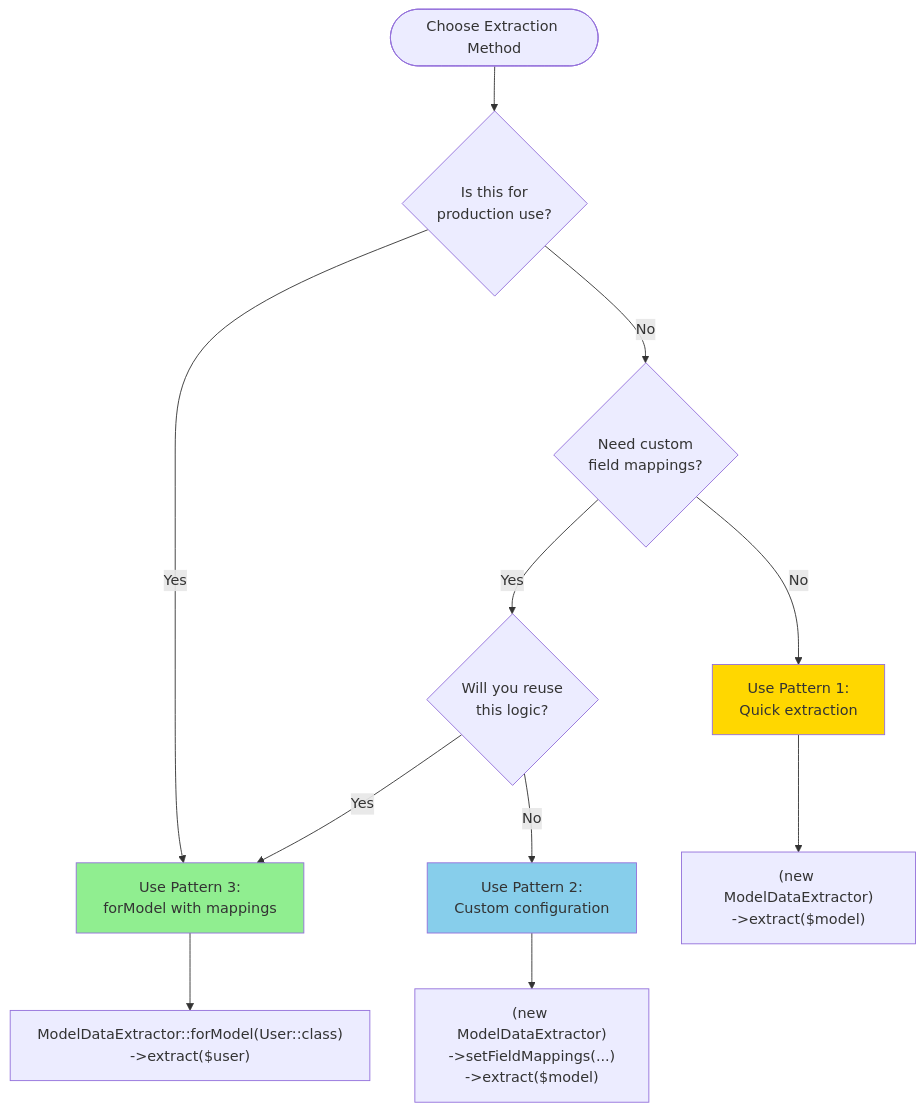
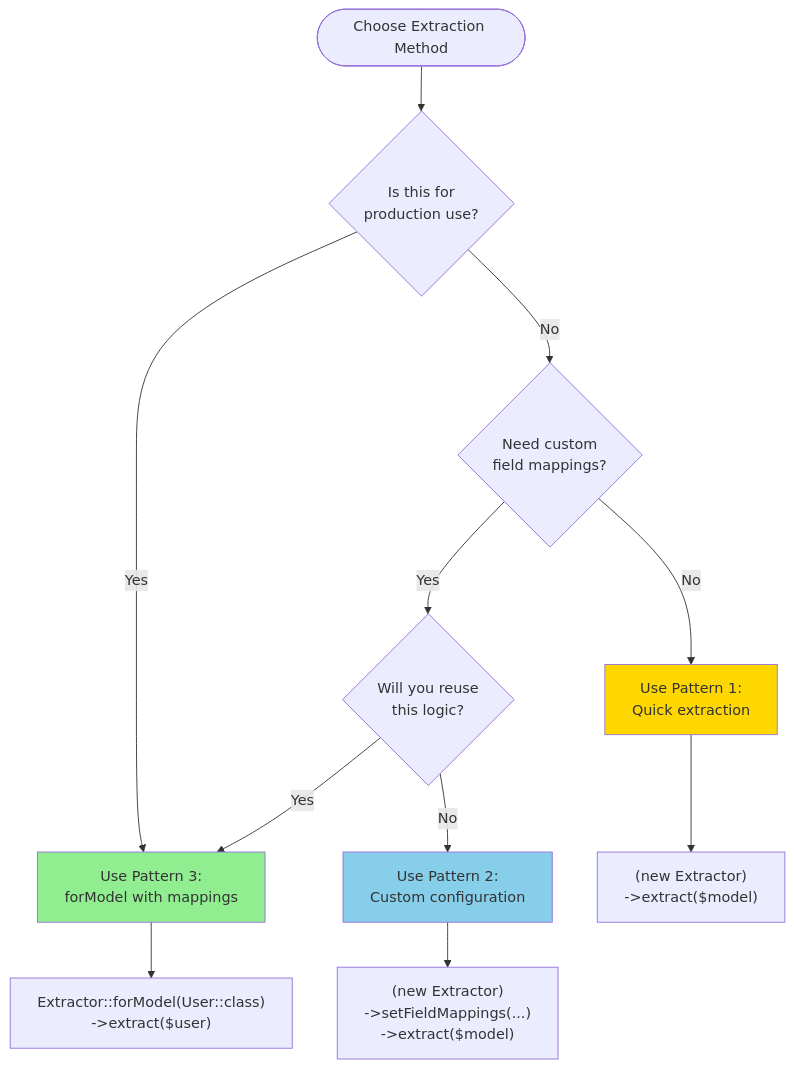
The second of 3 diagrams in docs/model-data-extraction.md (cleaniquecoders/eligify), drawn with Mermaid before and after one commit. The commit also changed other lines of this file and 9 other files, not shown here.

````diff
--- a/docs/model-data-extraction.md
+++ b/docs/model-data-extraction.md
@@ -178,21 +178,21 @@
 ```mermaid
 flowchart TD
     Start([Choose Extraction Method]) --> Q1{Is this for<br/>production use?}
 
     Q1 -->|Yes| Prod[Use Pattern 3:<br/>forModel with mappings]
     Q1 -->|No| Q2{Need custom<br/>field mappings?}
 
     Q2 -->|Yes| Q3{Will you reuse<br/>this logic?}
     Q2 -->|No| Simple[Use Pattern 1:<br/>Quick extraction]
 
     Q3 -->|Yes| Prod
     Q3 -->|No| Custom[Use Pattern 2:<br/>Custom configuration]
 
-    Prod --> ProdCode["ModelDataExtractor::forModel(User::class)<br/>->extract($user)"]
-    Custom --> CustomCode["(new ModelDataExtractor)<br/>->setFieldMappings(...)<br/>->extract($model)"]
-    Simple --> SimpleCode["(new ModelDataExtractor)<br/>->extract($model)"]
+    Prod --> ProdCode["Extractor::forModel(User::class)<br/>->extract($user)"]
+    Custom --> CustomCode["(new Extractor)<br/>->setFieldMappings(...)<br/>->extract($model)"]
+    Simple --> SimpleCode["(new Extractor)<br/>->extract($model)"]
 
     style Prod fill:#90EE90
     style Custom fill:#87CEEB
     style Simple fill:#FFD700
 ```
````
